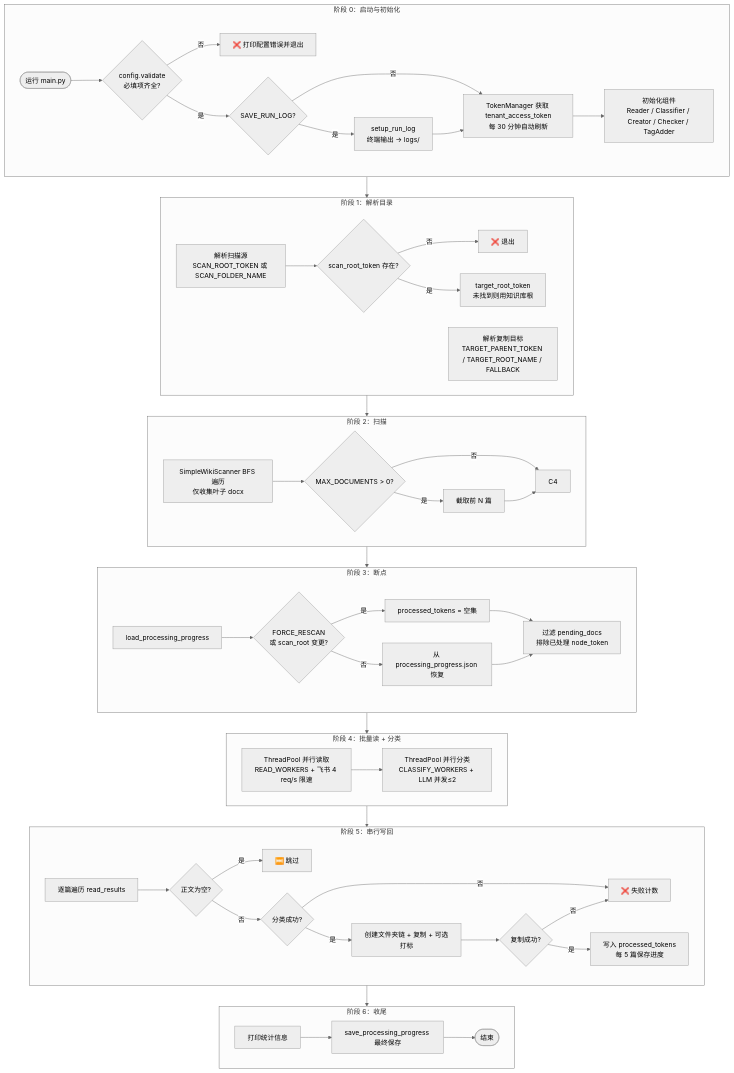
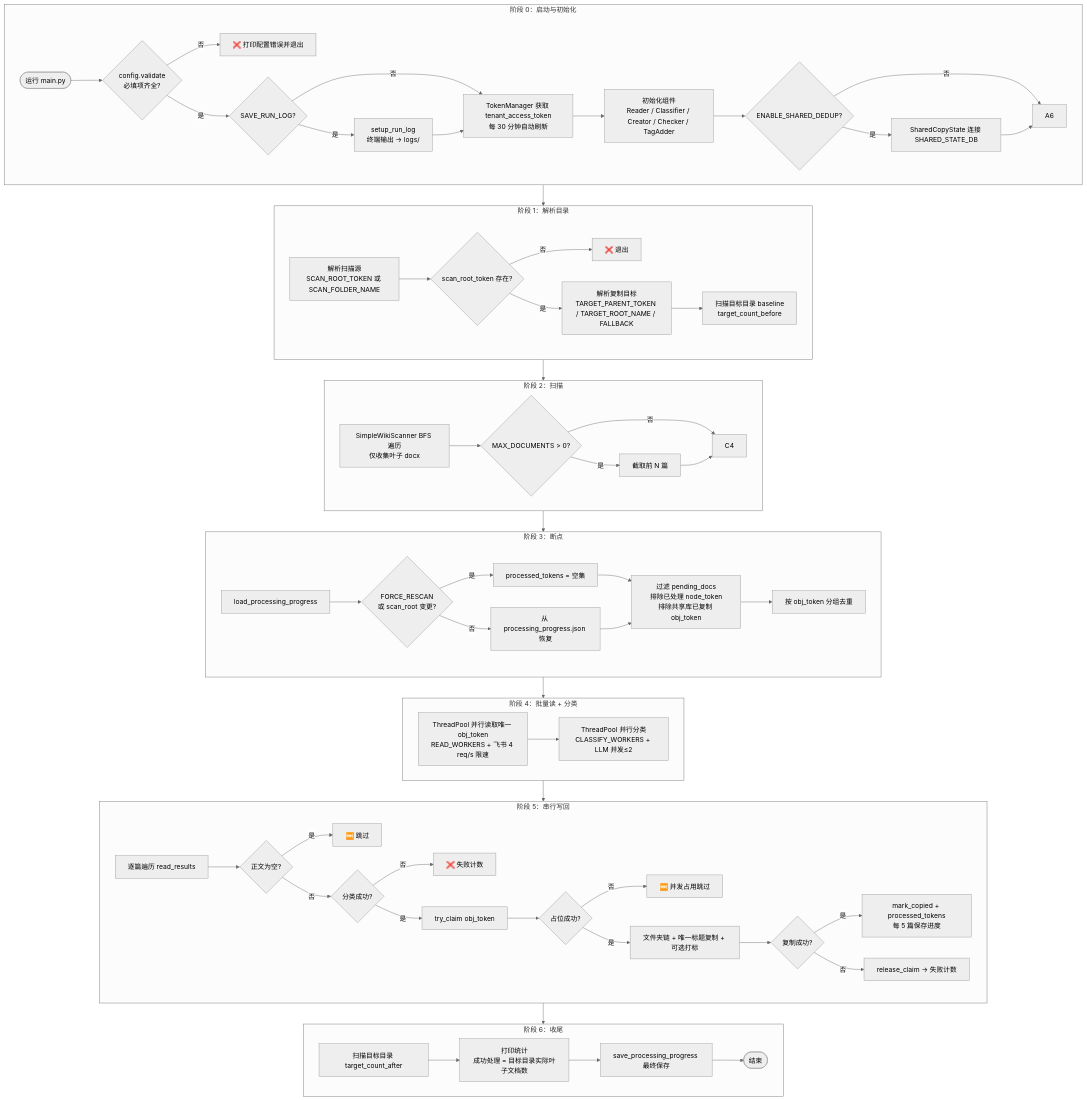
The first of 9 diagrams in docs/AI_DocClassifier说明文档.md (Leonard49/AI_DocClassifier), drawn with Mermaid (neutral theme) before and after one commit. The commit also changed other lines of this file and 1 other file, not shown here.

````diff
--- a/docs/AI_DocClassifier说明文档.md
+++ b/docs/AI_DocClassifier说明文档.md
@@ -318,67 +430,76 @@
 ```mermaid
 flowchart TB
     subgraph INIT["阶段 0：启动与初始化"]
         A0([运行 main.py]) --> A1{config.validate<br/>必填项齐全?}
         A1 -->|否| A1E[❌ 打印配置错误并退出]
         A1 -->|是| A2{SAVE_RUN_LOG?}
         A2 -->|是| A3[setup_run_log<br/>终端输出 → logs/]
         A2 -->|否| A4
         A3 --> A4[TokenManager 获取 tenant_access_token<br/>每 30 分钟自动刷新]
         A4 --> A5[初始化组件<br/>Reader / Classifier / Creator / Checker / TagAdder]
+        A5 --> A5B{ENABLE_SHARED_DEDUP?}
+        A5B -->|是| A5C[SharedCopyState 连接 SHARED_STATE_DB]
+        A5B -->|否| A6
+        A5C --> A6
     end
 
     subgraph RESOLVE["阶段 1：解析目录"]
         B1[解析扫描源<br/>SCAN_ROOT_TOKEN 或 SCAN_FOLDER_NAME]
         B2[解析复制目标<br/>TARGET_PARENT_TOKEN / TARGET_ROOT_NAME / FALLBACK]
         B1 --> B3{scan_root_token 存在?}
         B3 -->|否| B3E[❌ 退出]
-        B3 -->|是| B4[target_root_token<br/>未找到则用知识库根]
+        B3 -->|是| B2
+        B2 --> B2A[扫描目标目录 baseline<br/>target_count_before]
     end
 
     subgraph SCAN["阶段 2：扫描"]
         C1[SimpleWikiScanner BFS 遍历<br/>仅收集叶子 docx]
         C1 --> C2{MAX_DOCUMENTS > 0?}
         C2 -->|是| C3[截取前 N 篇]
         C2 -->|否| C4
         C3 --> C4
     end
 
     subgraph PROGRESS["阶段 3：断点"]
         D1[load_processing_progress]
         D1 --> D2{FORCE_RESCAN<br/>或 scan_root 变更?}
         D2 -->|是| D3[processed_tokens = 空集]
         D2 -->|否| D4[从 processing_progress.json 恢复]
-        D3 --> D5[过滤 pending_docs<br/>排除已处理 node_token]
+        D3 --> D5[过滤 pending_docs<br/>排除已处理 node_token<br/>排除共享库已复制 obj_token]
         D4 --> D5
+        D5 --> D5A[按 obj_token 分组去重]
     end
 
     subgraph BATCH["阶段 4：批量读 + 分类"]
-        E1[ThreadPool 并行读取<br/>READ_WORKERS + 飞书 4 req/s 限速]
+        E1[ThreadPool 并行读取唯一 obj_token<br/>READ_WORKERS + 飞书 4 req/s 限速]
         E2[ThreadPool 并行分类<br/>CLASSIFY_WORKERS + LLM 并发≤2]
         E1 --> E2
     end
 
     subgraph SERIAL["阶段 5：串行写回"]
         F1[逐篇遍历 read_results]
         F2{正文为空?}
         F3{分类成功?}
-        F4[创建文件夹链 + 复制 + 可选打标]
         F1 --> F2
         F2 -->|是| F2S[⏭️ 跳过]
         F2 -->|否| F3
         F3 -->|否| F3F[❌ 失败计数]
-        F3 -->|是| F4
-        F4 --> F5{复制成功?}
-        F5 -->|是| F6[写入 processed_tokens<br/>每 5 篇保存进度]
-        F5 -->|否| F3F
+        F3 -->|是| F4[try_claim obj_token]
+        F4 --> F4A{占位成功?}
+        F4A -->|否| F4S[⏭️ 并发占用跳过]
+        F4A -->|是| F4B[文件夹链 + 唯一标题复制 + 可选打标]
+        F4B --> F5{复制成功?}
+        F5 -->|是| F6[mark_copied + processed_tokens<br/>每 5 篇保存进度]
+        F5 -->|否| F5R[release_claim → 失败计数]
     end
 
     subgraph END["阶段 6：收尾"]
-        G1[打印统计信息]
+        G0[扫描目标目录 target_count_after]
+        G1[打印统计<br/>成功处理 = 目标目录实际叶子文档数]
         G2[save_processing_progress 最终保存]
         G3([结束])
-        G1 --> G2 --> G3
+        G0 --> G1 --> G2 --> G3
     end
 
     INIT --> RESOLVE --> SCAN --> PROGRESS --> BATCH --> SERIAL --> END
 ```
````
